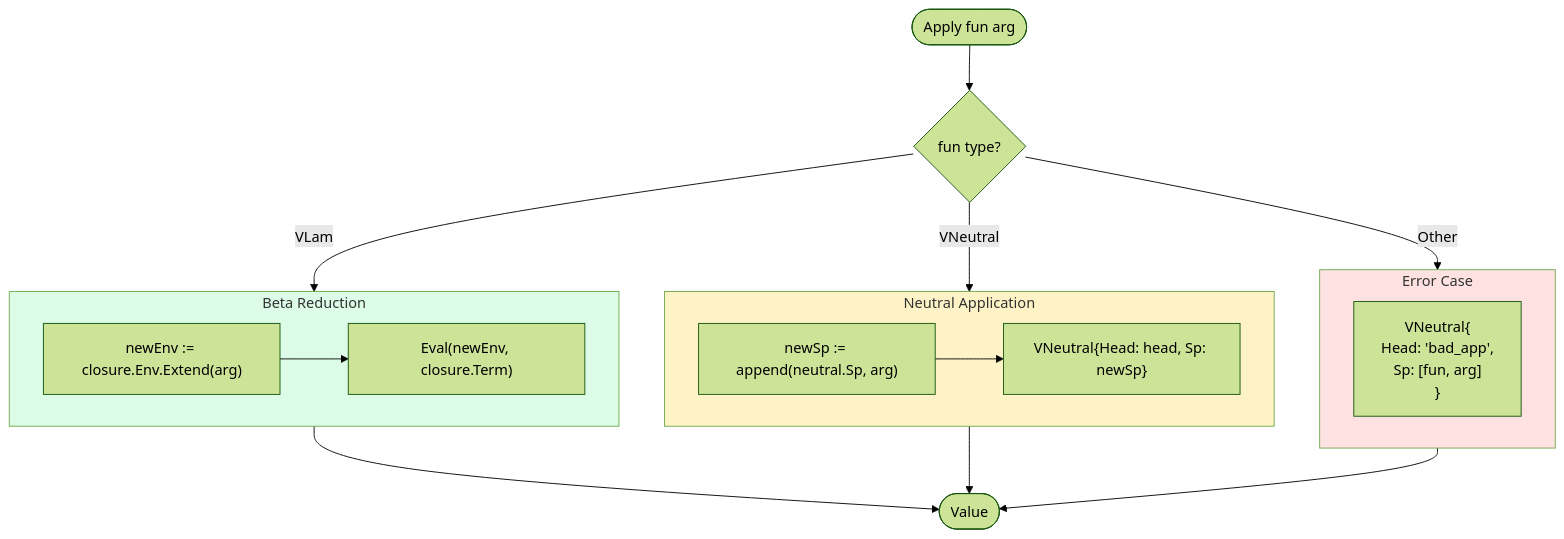
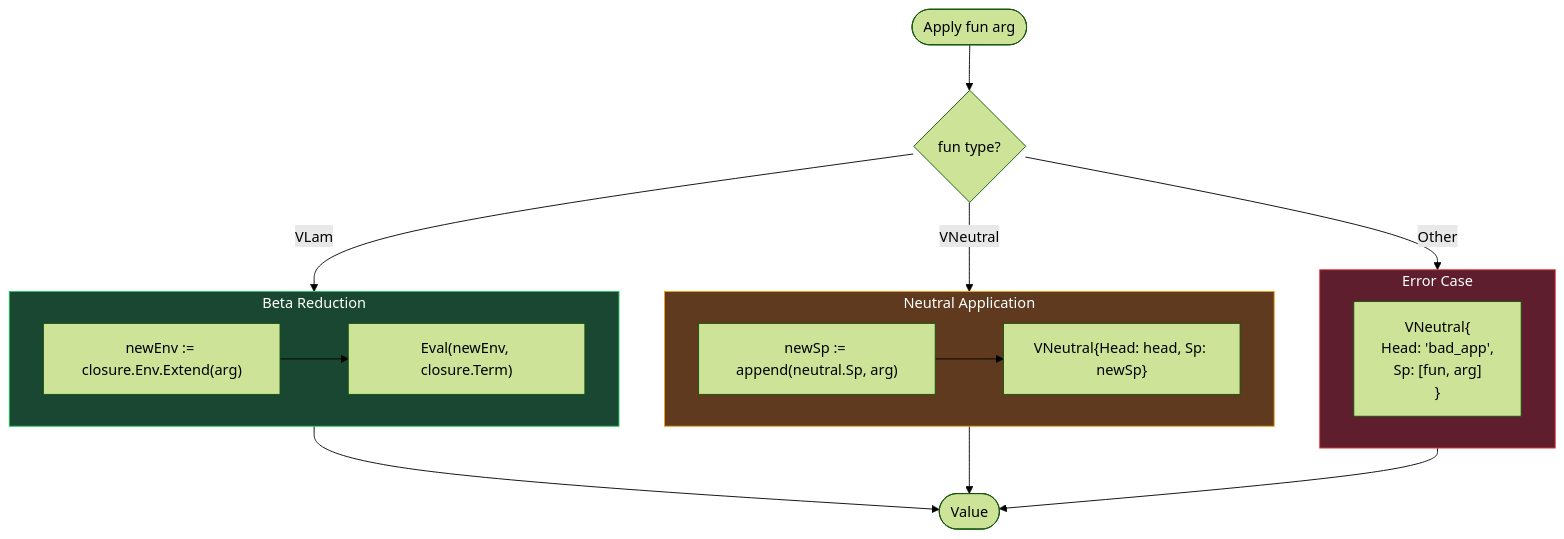
Before and after one commit to watchthelight/HypergraphGo: diagram 11 of 23 in DIAGRAMS.md, drawn with Mermaid (forest theme). The commit also changed other lines of this file, not shown here.

First line of the commit message:
docs(diagrams): add master architecture diagram with dark theme

````diff
--- a/DIAGRAMS.md
+++ b/DIAGRAMS.md
@@ -512,32 +965,32 @@
 ```mermaid
 flowchart TB
     Start([Apply fun arg]) --> FunType{fun type?}
 
     FunType -->|VLam| BetaReduce
     FunType -->|VNeutral| ExtendSpine
     FunType -->|Other| BadApp
 
     subgraph BetaReduce["Beta Reduction"]
         BR1["newEnv := closure.Env.Extend(arg)"]
         BR2["Eval(newEnv, closure.Term)"]
         BR1 --> BR2
     end
 
     subgraph ExtendSpine["Neutral Application"]
         ES1["newSp := append(neutral.Sp, arg)"]
         ES2["VNeutral{Head: head, Sp: newSp}"]
         ES1 --> ES2
     end
 
     subgraph BadApp["Error Case"]
         BA1["VNeutral{<br/>  Head: 'bad_app',<br/>  Sp: [fun, arg]<br/>}"]
     end
 
     BetaReduce --> Result([Value])
     ExtendSpine --> Result
     BadApp --> Result
 
-    style BetaReduce fill:#dcfce7
-    style ExtendSpine fill:#fef3c7
-    style BadApp fill:#fee2e2
+    style BetaReduce fill:#1a4731,stroke:#22c55e,color:#fff
+    style ExtendSpine fill:#5f3a1e,stroke:#f59e0b,color:#fff
+    style BadApp fill:#5f1e2e,stroke:#ef4444,color:#fff
 ```
````
